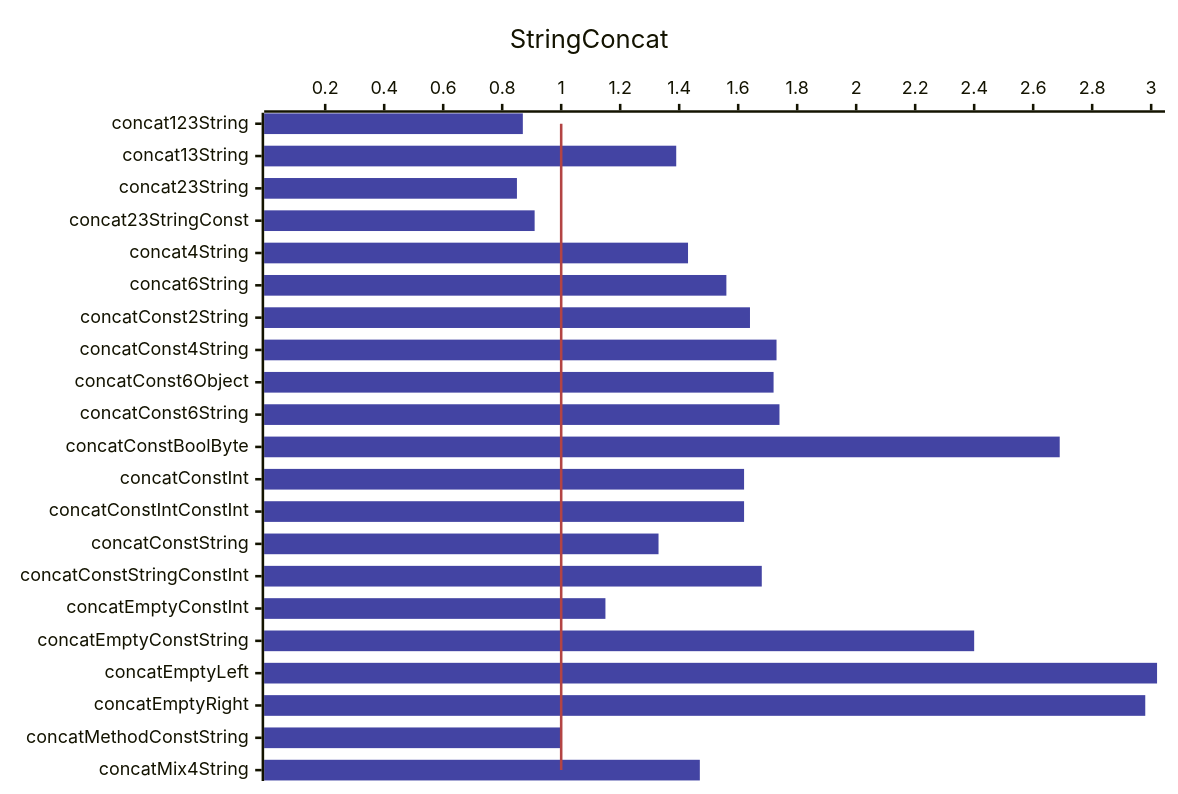
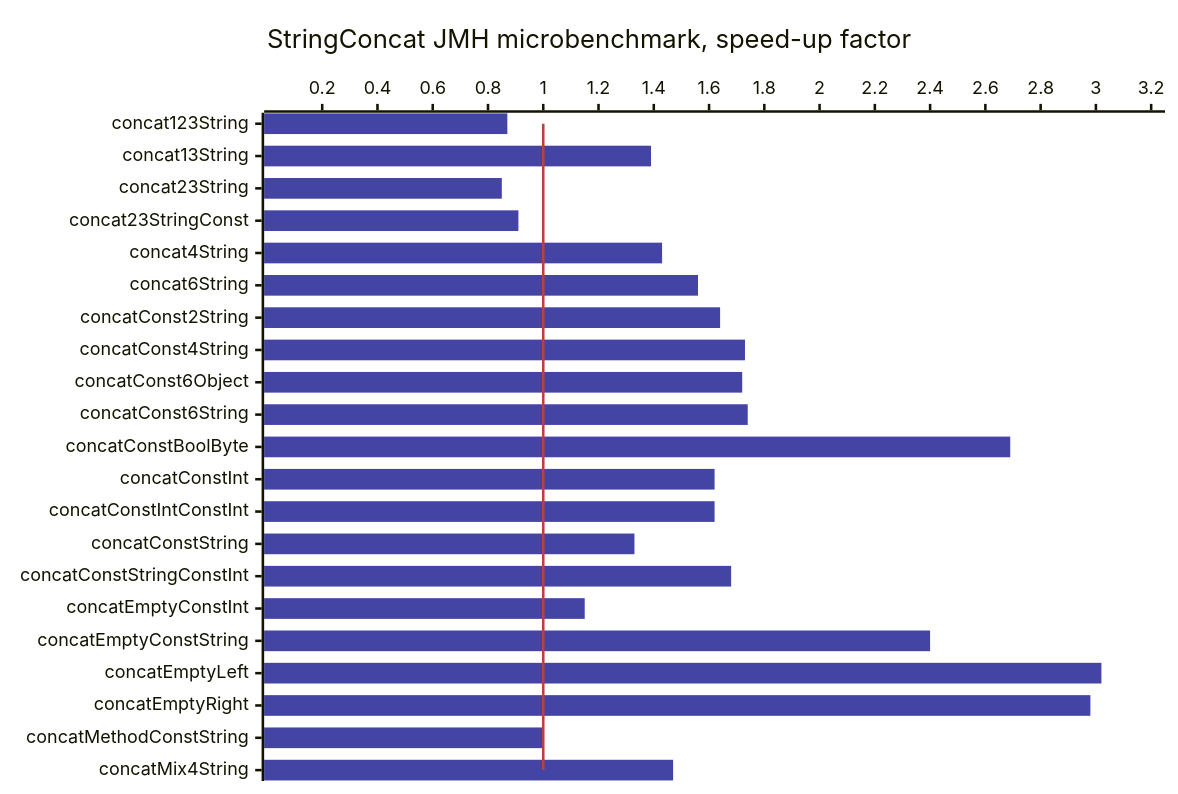
Before and after one commit to cl4es/cl4es.github.io: the second of 2 diagrams in presentations/jvmls2024/draft.md, drawn with Mermaid. The commit also changed other lines of this file, not shown here.

````diff
--- a/presentations/jvmls2024/draft.md
+++ b/presentations/jvmls2024/draft.md
@@ -222,17 +224,17 @@
 ```mermaid
 ---
 config:
     xyChart:
         width: 900
         height: 600
     themeVariables:
         xyChart:
             plotColorPalette: "#4344A3, #B34443" 
 ---
 xychart-beta horizontal
-  title "StringConcat"
-  x-axis [concat123String, concat13String, concat23String, concat23StringConst, concat4String, concat6String, concatConst2String, concatConst4String, concatConst6Object, concatConst6String, concatConstBoolByte, concatConstInt, concatConstIntConstInt, concatConstString, concatConstStringConstInt, concatEmptyConstInt, concatEmptyConstString, concatEmptyLeft, concatEmptyRight, concatMethodConstString, concatMix4String          ]
-  y-axis 0.04 --> 3
+  title "StringConcat JMH microbenchmark, speed-up factor"
+  x-axis [concat123String, concat13String, concat23String, concat23StringConst, concat4String, concat6String, concatConst2String, concatConst4String, concatConst6Object, concatConst6String, concatConstBoolByte, concatConstInt, concatConstIntConstInt, concatConstString, concatConstStringConstInt, concatEmptyConstInt, concatEmptyConstString, concatEmptyLeft, concatEmptyRight, concatMethodConstString, concatMix4String]
+  y-axis 0.04 --> 3.2
   bar [0.87, 1.39, 0.85, 0.91, 1.43, 1.56, 1.64, 1.73, 1.72, 1.74, 2.69, 1.62, 1.62, 1.33, 1.68, 1.15, 2.40, 3.02, 2.98, 1.00, 1.47]
   line [1.0,  1.0, 1.0,  1.0, 1.0,  1.0, 1.0,  1.0, 1.0,  1.0, 1.0,  1.0, 1.0,  1.0, 1.0,  1.0, 1.0,  1.0, 1.0,  1.0, 1.0,  1.0]
 ```
````
